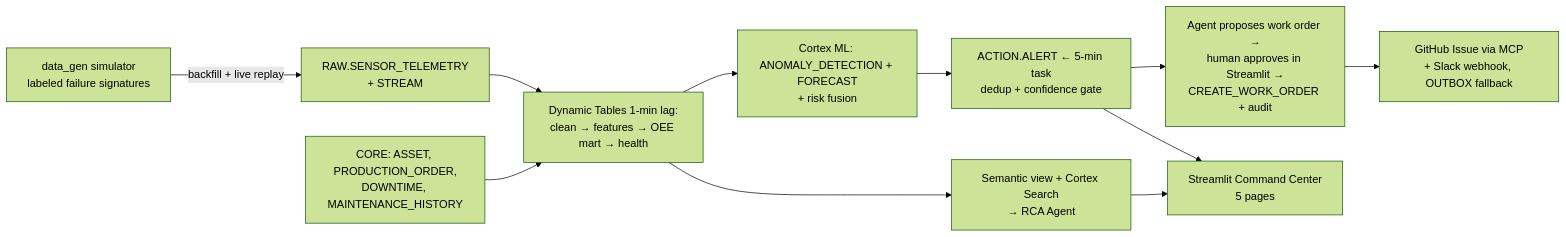
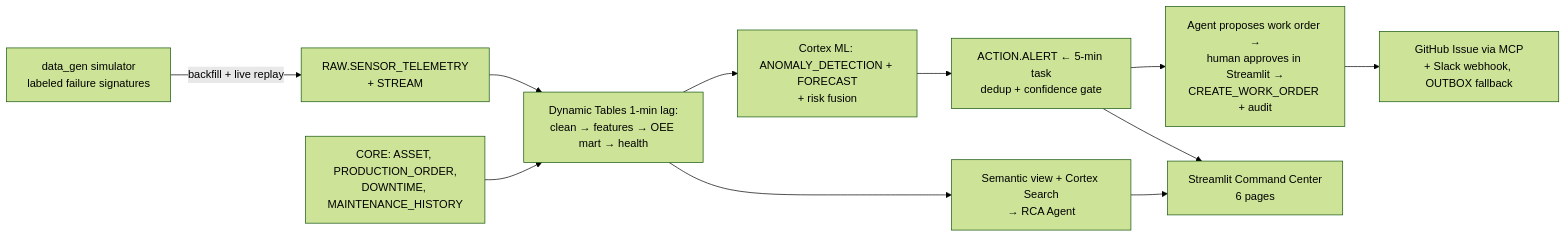
Before and after one commit to SreekarReddyMarpadaga/AegisOEE: the diagram in README.md, drawn with Mermaid (forest theme). The commit also changed other lines of this file and 32 other files, not shown here.

````diff
--- a/README.md
+++ b/README.md
@@ -9,13 +9,13 @@
 ```mermaid
 flowchart LR
     SIM[data_gen simulator<br/>labeled failure signatures] -->|backfill + live replay| RAW[RAW.SENSOR_TELEMETRY<br/>+ STREAM]
     ERP[CORE: ASSET, PRODUCTION_ORDER,<br/>DOWNTIME, MAINTENANCE_HISTORY] --> DT
     RAW --> DT[Dynamic Tables 1-min lag:<br/>clean → features → OEE mart → health]
     DT --> ML[Cortex ML: ANOMALY_DETECTION + FORECAST<br/>+ risk fusion]
     ML --> AL[ACTION.ALERT ← 5-min task<br/>dedup + confidence gate]
     AL --> TRI[Agent proposes work order →<br/>human approves in Streamlit →<br/>CREATE_WORK_ORDER + audit]
     TRI --> GH[GitHub Issue via MCP<br/>+ Slack webhook, OUTBOX fallback]
     DT --> SEM[Semantic view + Cortex Search<br/>→ RCA Agent]
-    SEM --> APP[Streamlit Command Center<br/>5 pages]
+    SEM --> APP[Streamlit Command Center<br/>6 pages]
     AL --> APP
 ```
````
